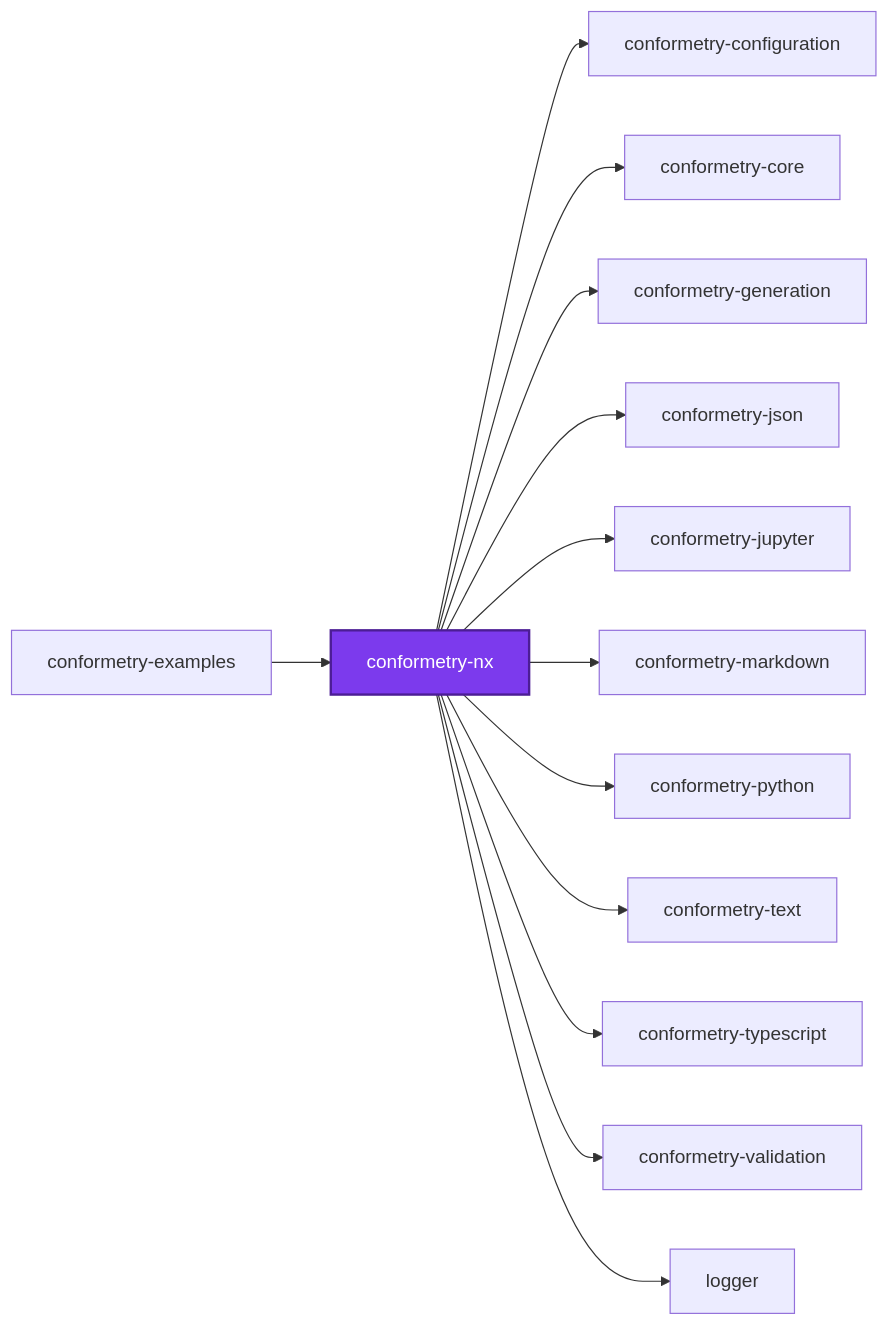
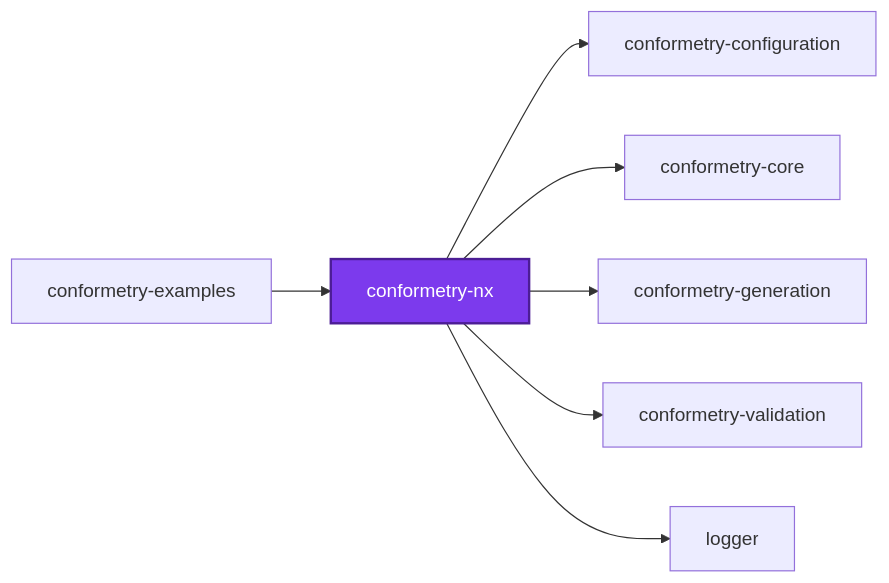
The first of 3 diagrams in packages/conformetry-nx/README.md (JimmyPaolini/codebase), drawn with Mermaid before and after one commit. The commit also changed other lines of this file and 32 other files, not shown here.

````diff
--- a/packages/conformetry-nx/README.md
+++ b/packages/conformetry-nx/README.md
@@ -409,30 +409,18 @@
 ```mermaid
 graph LR
   conformetry_configuration["conformetry-configuration"]
   conformetry_core["conformetry-core"]
   conformetry_examples["conformetry-examples"]
   conformetry_generation["conformetry-generation"]
-  conformetry_json["conformetry-json"]
-  conformetry_jupyter["conformetry-jupyter"]
-  conformetry_markdown["conformetry-markdown"]
   conformetry_nx["conformetry-nx"]
-  conformetry_python["conformetry-python"]
-  conformetry_text["conformetry-text"]
-  conformetry_typescript["conformetry-typescript"]
   conformetry_validation["conformetry-validation"]
   logger["logger"]
   conformetry_examples --> conformetry_nx
   conformetry_nx --> conformetry_configuration
   conformetry_nx --> conformetry_core
   conformetry_nx --> conformetry_generation
-  conformetry_nx --> conformetry_json
-  conformetry_nx --> conformetry_jupyter
-  conformetry_nx --> conformetry_markdown
-  conformetry_nx --> conformetry_python
-  conformetry_nx --> conformetry_text
-  conformetry_nx --> conformetry_typescript
   conformetry_nx --> conformetry_validation
   conformetry_nx --> logger
   classDef subject fill:#7c3aed,color:#fff,stroke:#4c1d95,stroke-width:2px
   class conformetry_nx subject
 ```
````
